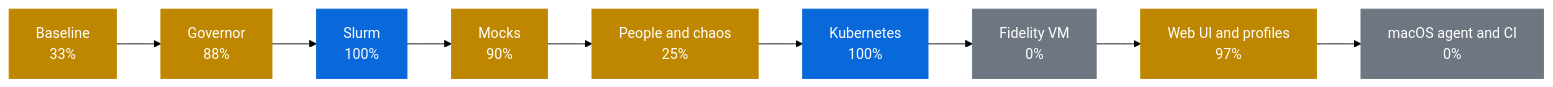
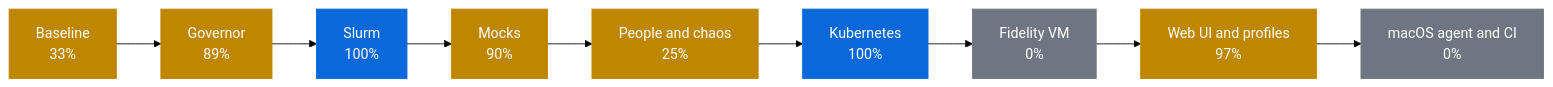
Before and after one commit to AhmedYousriSobhi/workbench: the first of 2 diagrams in docs/PROGRESS.md, drawn with Mermaid (forest theme). The commit also changed other lines of this file and 21 other files, not shown here.

````diff
--- a/docs/PROGRESS.md
+++ b/docs/PROGRESS.md
@@ -12,17 +12,17 @@
 ```mermaid
 flowchart LR
     p0["Baseline<br/>33%"]:::partial
-    p1["Governor<br/>88%"]:::partial
+    p1["Governor<br/>89%"]:::partial
     p2["Slurm<br/>100%"]:::review
     p3["Mocks<br/>90%"]:::partial
     p4["People and chaos<br/>25%"]:::partial
     p5["Kubernetes<br/>100%"]:::review
     p6["Fidelity VM<br/>0%"]:::todo
     p7["Web UI and profiles<br/>97%"]:::partial
     p8["macOS agent and CI<br/>0%"]:::todo
     p0 --> p1 --> p2 --> p3 --> p4 --> p5 --> p6 --> p7 --> p8
     classDef done fill:#1a7f37,stroke:#1a7f37,color:#fff
     classDef review fill:#0969da,stroke:#0969da,color:#fff
     classDef partial fill:#bf8700,stroke:#bf8700,color:#fff
     classDef todo fill:#6e7781,stroke:#6e7781,color:#fff
 ```
````
